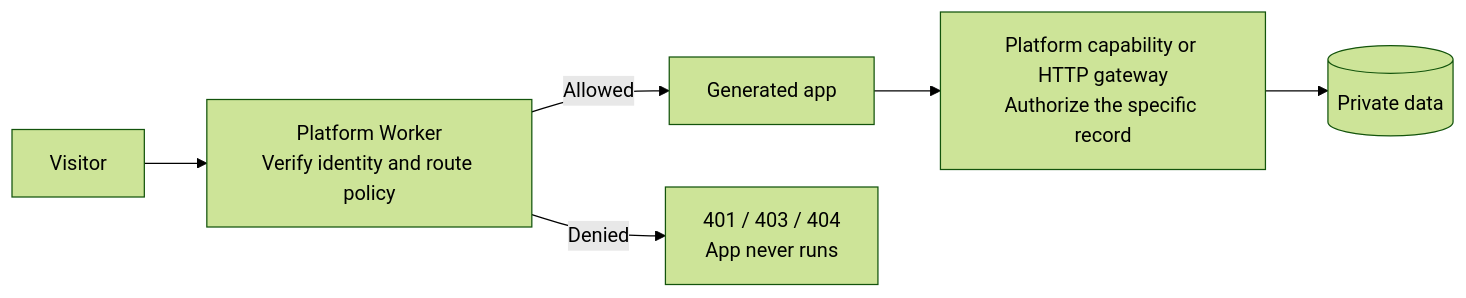
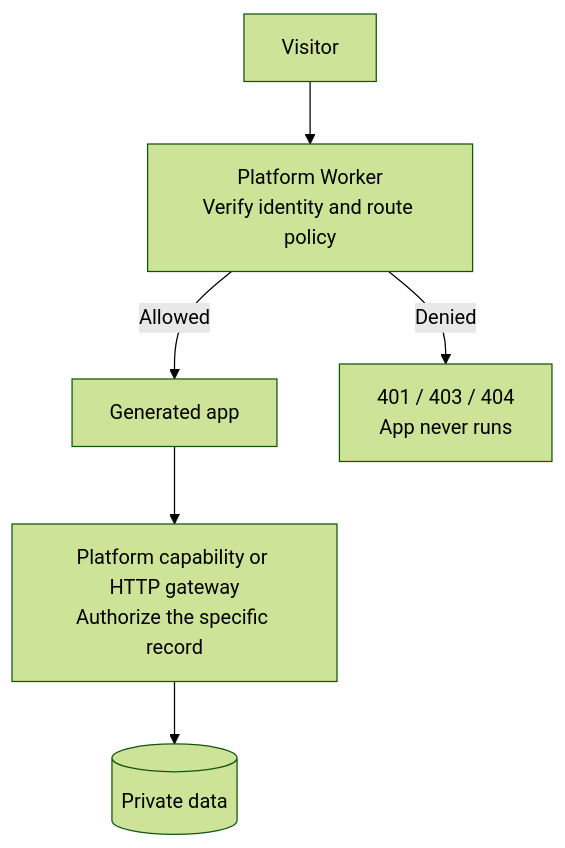
Before and after one commit to irvinebroque/vibe-coding-authn: the first of 3 diagrams in README.md, drawn with Mermaid (forest theme).

Commit message:
Improve diagram readability

````diff
--- a/README.md
+++ b/README.md
@@ -7,8 +7,8 @@
 ```mermaid
-flowchart LR
+flowchart TB
   Visitor --> Gate[Platform Worker<br/>Verify identity and route policy]
   Gate -->|Allowed| App[Generated app]
   Gate -->|Denied| Reject[401 / 403 / 404<br/>App never runs]
   App --> API[Platform capability or HTTP gateway<br/>Authorize the specific record]
   API --> Data[(Private data)]
 ```
````
